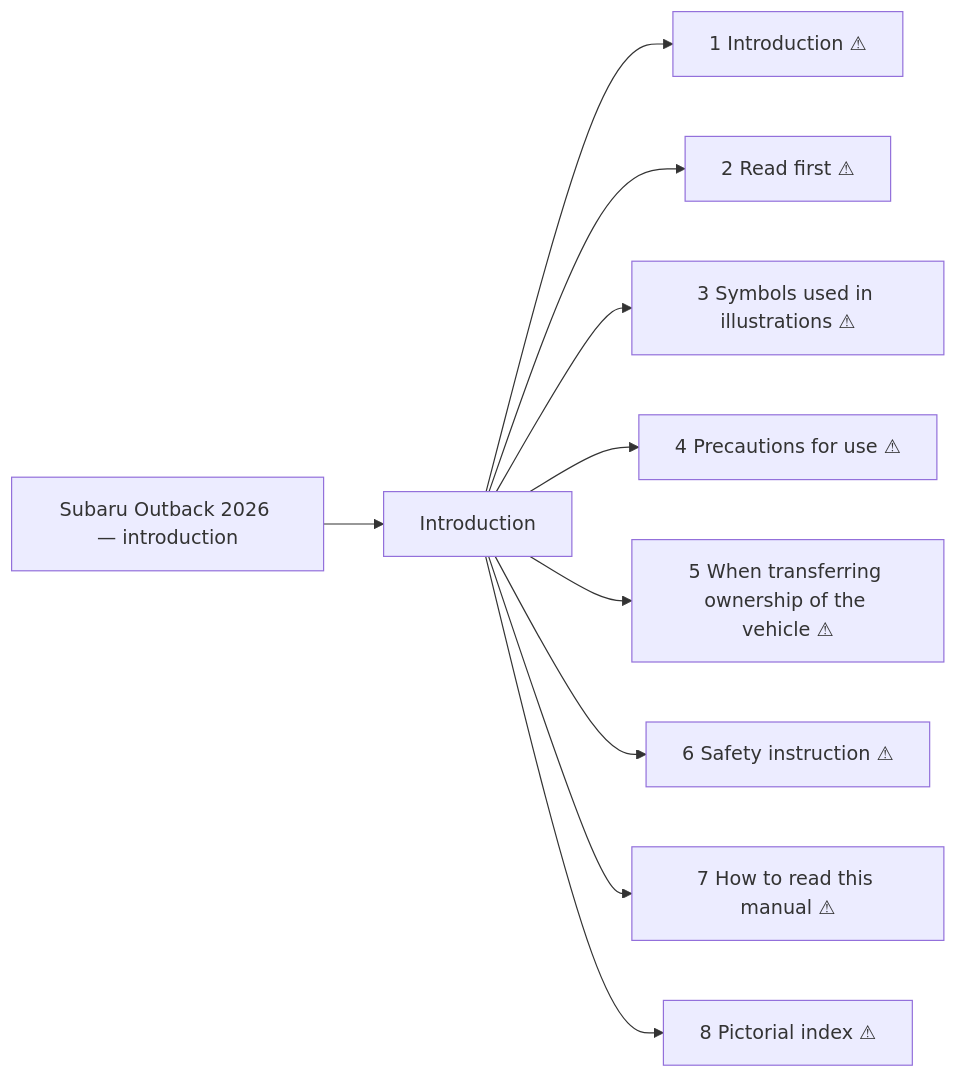
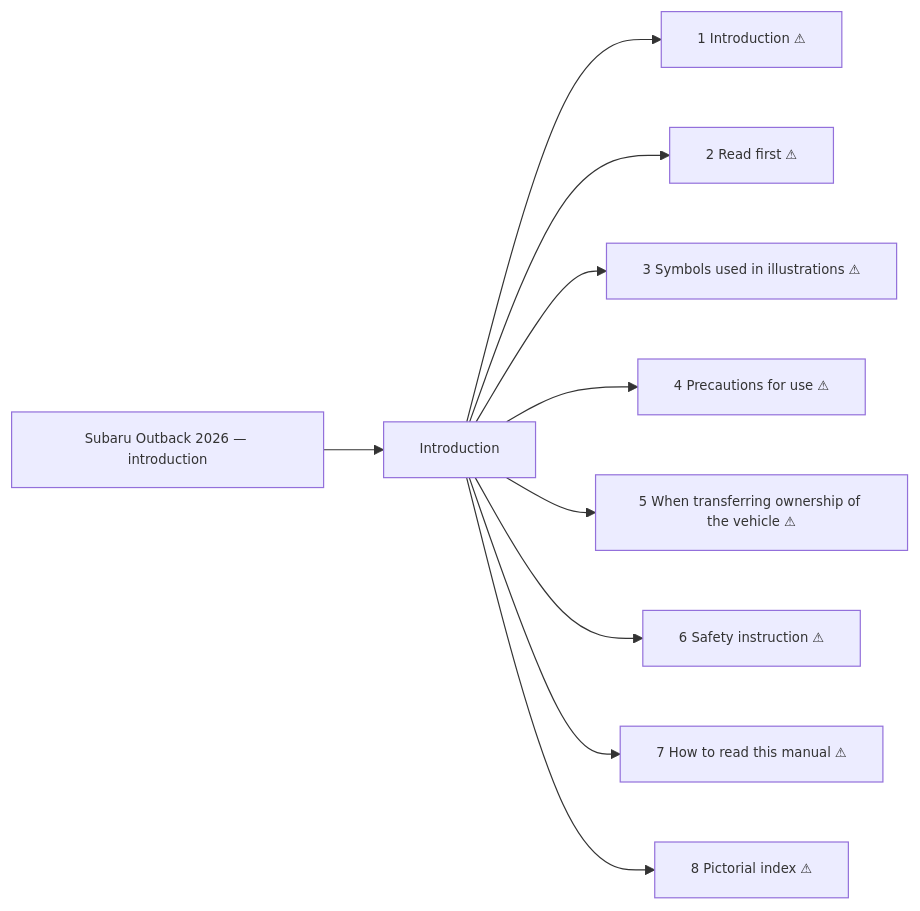
One commit to Chieko-Y/my-spec-generator changed the second of 2 diagrams in workspace/subaru/outback-2026/ivi/published/introduction/README.md. Above: the diagram before and after it, drawn with Mermaid. The commit also changed other lines of this file and 265 other files, not shown here.

````diff
--- a/workspace/subaru/outback-2026/ivi/published/introduction/README.md
+++ b/workspace/subaru/outback-2026/ivi/published/introduction/README.md
@@ -31,13 +36,14 @@
 ```mermaid
+%%{init: {"themeVariables": {"fontSize": "11px"}}}%%
 flowchart LR
     ROOT["Subaru Outback 2026 — introduction"]
     ROOT --> A1["Introduction"]
     A1 --> A1F1["1 Introduction ⚠"]
     A1 --> A1F2["2 Read first ⚠"]
     A1 --> A1F3["3 Symbols used in illustrations ⚠"]
     A1 --> A1F4["4 Precautions for use ⚠"]
     A1 --> A1F5["5 When transferring ownership of the vehicle ⚠"]
     A1 --> A1F6["6 Safety instruction ⚠"]
     A1 --> A1F7["7 How to read this manual ⚠"]
     A1 --> A1F8["8 Pictorial index ⚠"]
 ```
````
